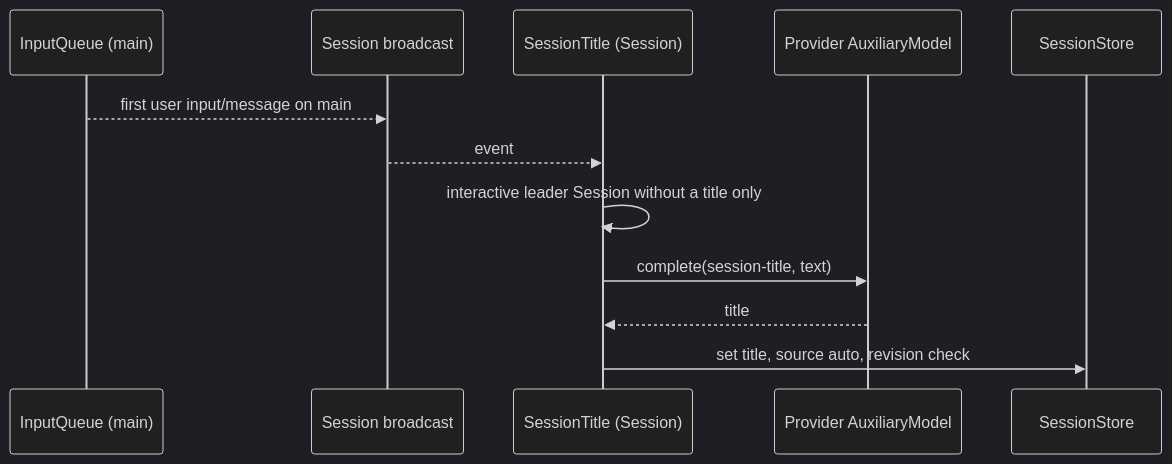
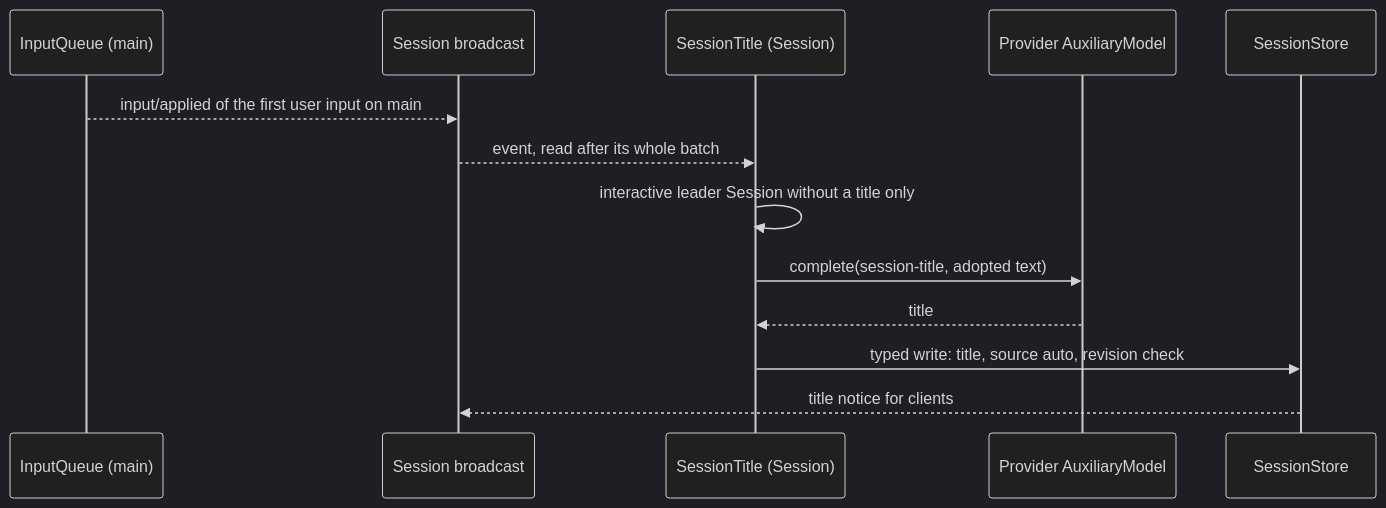
The fifth of 8 diagrams in docs/design/overview.md (CoutinhoTTS/dim-agent), drawn with Mermaid (dark theme) before and after one commit. The commit also changed other lines of this file and 42 other files, not shown here.

````diff
--- a/docs/design/overview.md
+++ b/docs/design/overview.md
@@ -229,14 +231,15 @@
 ```mermaid
 sequenceDiagram
   participant IQ as InputQueue (main)
   participant BC as Session broadcast
   participant ST as SessionTitle (Session)
   participant PR as Provider AuxiliaryModel
   participant SS as SessionStore
-  IQ-->>BC: first user input/message on main
-  BC-->>ST: event
+  IQ-->>BC: input/applied of the first user input on main
+  BC-->>ST: event, read after its whole batch
   ST->>ST: interactive leader Session without a title only
-  ST->>PR: complete(session-title, text)
+  ST->>PR: complete(session-title, adopted text)
   PR-->>ST: title
-  ST->>SS: set title, source auto, revision check
+  ST->>SS: typed write: title, source auto, revision check
+  SS-->>BC: title notice for clients
 ```
````
